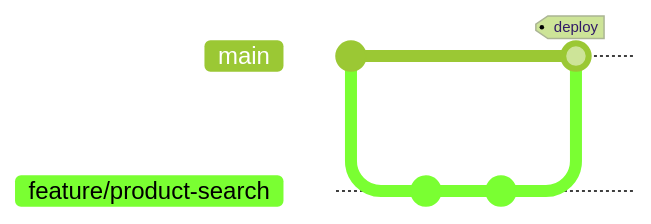
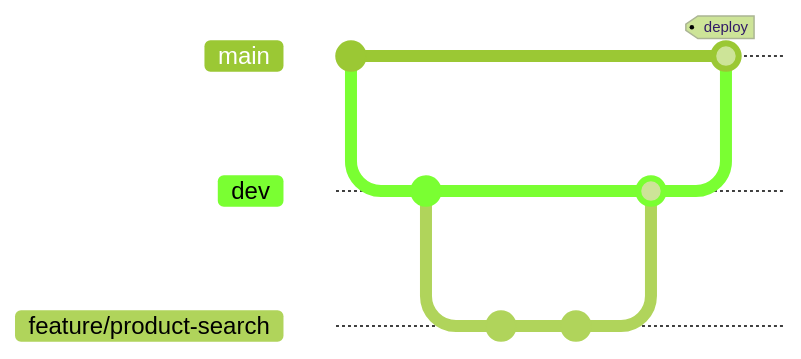
The diagram in docs/git-workflow.md (vvbogdanovih/fillando-meta), drawn with Mermaid (forest theme) before and after one commit. The commit also changed other lines of this file and 14 other files, not shown here. Commit ids are hidden.

````diff
--- a/docs/git-workflow.md
+++ b/docs/git-workflow.md
@@ -11,9 +15,13 @@
 ```mermaid
 gitGraph
     commit id: "main"
+    branch dev
+    commit
     branch feature/product-search
     commit
     commit
+    checkout dev
+    merge feature/product-search
     checkout main
-    merge feature/product-search tag: "deploy"
+    merge dev tag: "deploy"
 ```
````
